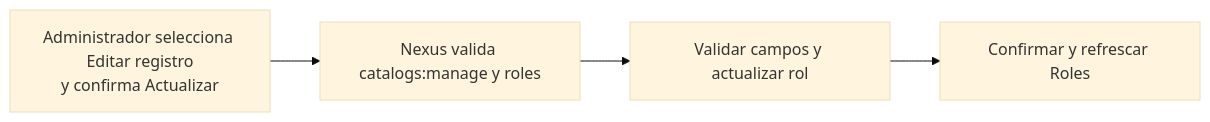
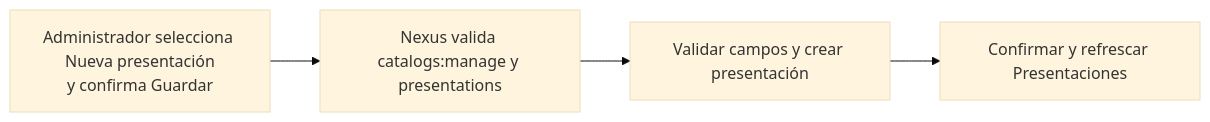
One commit to gpgsistemas01/nexus changed the diagram in docs/requirements/diagrams/catalogs/cu-cat-32.md. Above: the diagram before and after it, drawn with Mermaid (base theme). The commit also changed other lines of this file and 207 other files, not shown here.

````diff
--- a/docs/requirements/diagrams/catalogs/cu-cat-32.md
+++ b/docs/requirements/diagrams/catalogs/cu-cat-32.md
@@ -3,6 +3,6 @@
 ```mermaid
 flowchart LR
-    request["Administrador selecciona Editar registro<br/>y confirma Actualizar"] --> authorize["Nexus valida catalogs:manage y roles"]
-    authorize --> persist["Validar campos y actualizar rol"]
-    persist --> result["Confirmar y refrescar Roles"]
+    request["Administrador selecciona Nueva presentación<br/>y confirma Guardar"] --> authorize["Nexus valida catalogs:manage y presentations"]
+    authorize --> persist["Validar campos y crear presentación"]
+    persist --> result["Confirmar y refrescar Presentaciones"]
 ```
````
